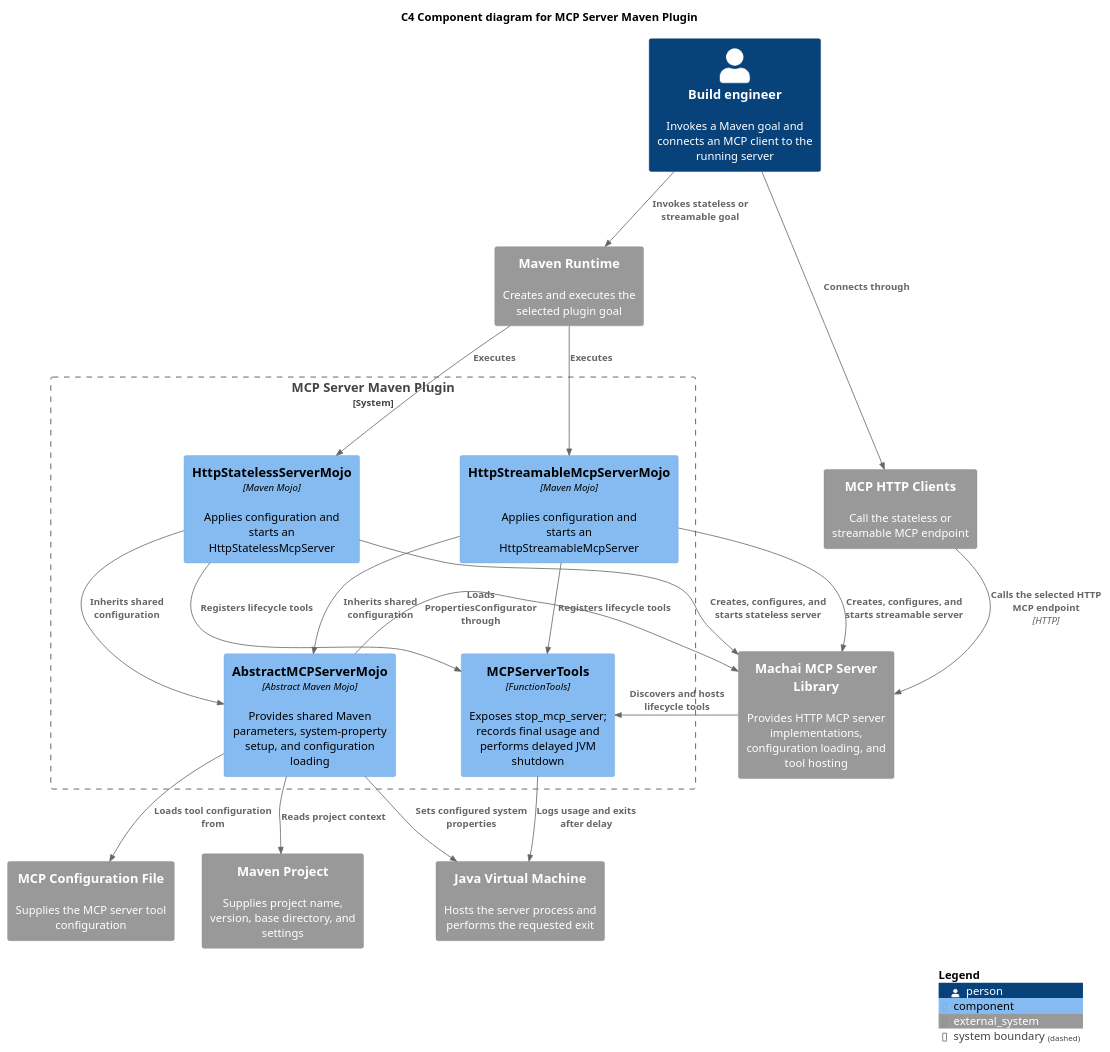
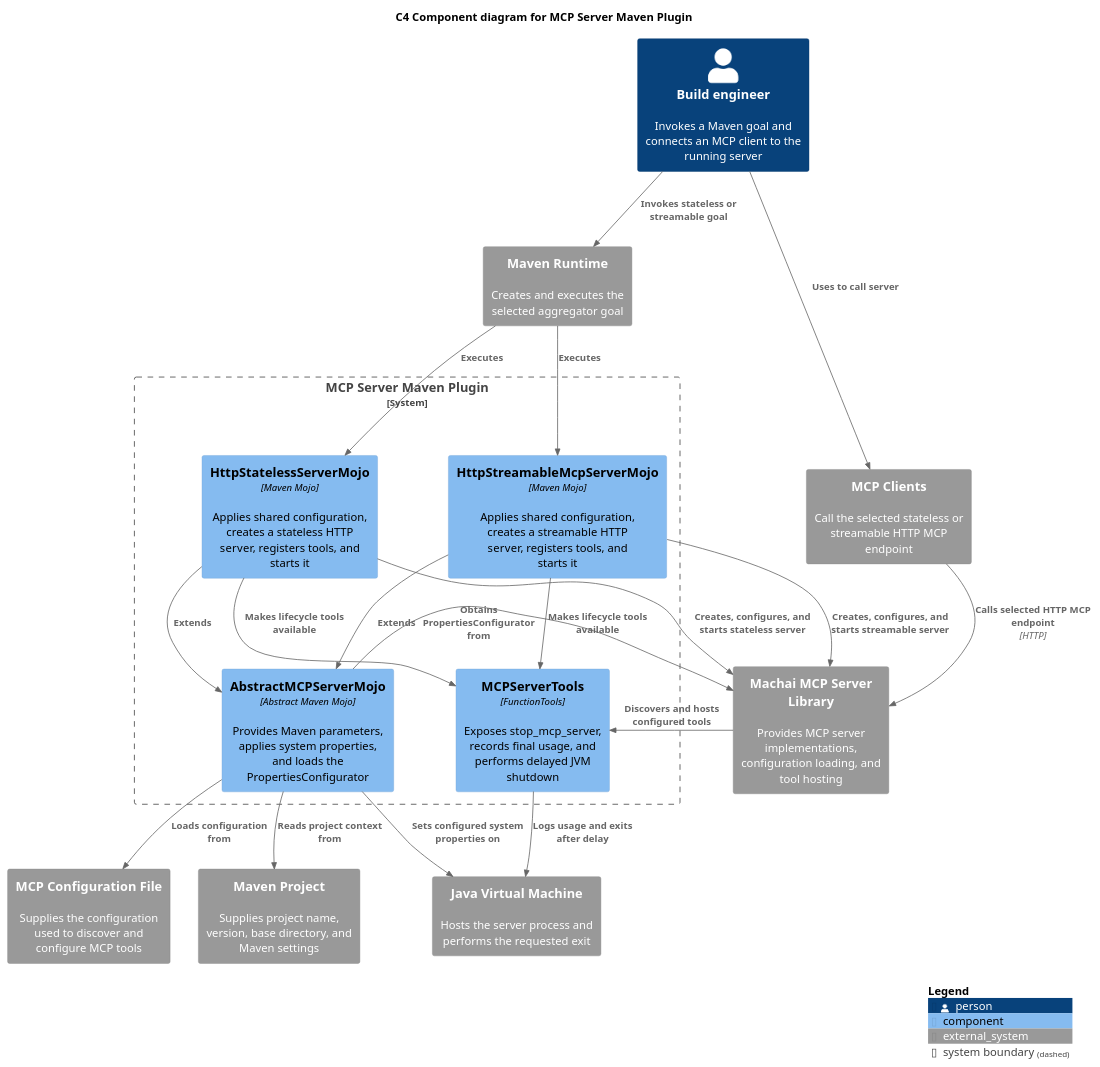
The diagram in src/site/puml/c4-diagram.puml (machanism-org/mcp-server-maven-plugin), drawn with PlantUML before and after one commit. The commit also changed 2 other files, not shown here.

Commit message:
docs: update project documentation

```diff
--- a/src/site/puml/c4-diagram.puml
+++ b/src/site/puml/c4-diagram.puml
@@ -10,40 +10,41 @@
 @startuml
 !includeurl https://raw.githubusercontent.com/plantuml-stdlib/C4-PlantUML/master/C4_Component.puml
 
+LAYOUT_WITH_LEGEND()
 title C4 Component diagram for MCP Server Maven Plugin
 
 Person(developer, "Build engineer", "Invokes a Maven goal and connects an MCP client to the running server")
-System_Ext(maven, "Maven Runtime", "Creates and executes the selected plugin goal")
-System_Ext(mavenProject, "Maven Project", "Supplies project name, version, base directory, and settings")
-System_Ext(mcpConfigFile, "MCP Configuration File", "Supplies the MCP server tool configuration")
-System_Ext(mcpClients, "MCP HTTP Clients", "Call the stateless or streamable MCP endpoint")
-System_Ext(mcpLibrary, "Machai MCP Server Library", "Provides HTTP MCP server implementations, configuration loading, and tool hosting")
+System_Ext(maven, "Maven Runtime", "Creates and executes the selected aggregator goal")
+System_Ext(mavenProject, "Maven Project", "Supplies project name, version, base directory, and Maven settings")
+System_Ext(mcpConfigFile, "MCP Configuration File", "Supplies the configuration used to discover and configure MCP tools")
+System_Ext(mcpClients, "MCP Clients", "Call the selected stateless or streamable HTTP MCP endpoint")
+System_Ext(mcpLibrary, "Machai MCP Server Library", "Provides MCP server implementations, configuration loading, and tool hosting")
 System_Ext(jvm, "Java Virtual Machine", "Hosts the server process and performs the requested exit")
 
 System_Boundary(plugin, "MCP Server Maven Plugin") {
-  Component(statelessMojo, "HttpStatelessServerMojo", "Maven Mojo", "Applies configuration and starts an HttpStatelessMcpServer")
-  Component(streamableMojo, "HttpStreamableMcpServerMojo", "Maven Mojo", "Applies configuration and starts an HttpStreamableMcpServer")
-  Component(abstractMojo, "AbstractMCPServerMojo", "Abstract Maven Mojo", "Provides shared Maven parameters, system-property setup, and configuration loading")
-  Component(serverTools, "MCPServerTools", "FunctionTools", "Exposes stop_mcp_server; records final usage and performs delayed JVM shutdown")
+  Component(statelessMojo, "HttpStatelessServerMojo", "Maven Mojo", "Applies shared configuration, creates a stateless HTTP server, registers tools, and starts it")
+  Component(streamableMojo, "HttpStreamableMcpServerMojo", "Maven Mojo", "Applies shared configuration, creates a streamable HTTP server, registers tools, and starts it")
+  Component(abstractMojo, "AbstractMCPServerMojo", "Abstract Maven Mojo", "Provides Maven parameters, applies system properties, and loads the PropertiesConfigurator")
+  Component(serverTools, "MCPServerTools", "FunctionTools", "Exposes stop_mcp_server, records final usage, and performs delayed JVM shutdown")
 }
 
 Rel(developer, maven, "Invokes stateless or streamable goal")
-Rel(developer, mcpClients, "Connects through")
+Rel(developer, mcpClients, "Uses to call server")
 Rel(maven, statelessMojo, "Executes")
 Rel(maven, streamableMojo, "Executes")
-Rel(statelessMojo, abstractMojo, "Inherits shared configuration")
-Rel(streamableMojo, abstractMojo, "Inherits shared configuration")
-Rel(abstractMojo, mavenProject, "Reads project context")
-Rel(abstractMojo, mcpConfigFile, "Loads tool configuration from")
-Rel(abstractMojo, mcpLibrary, "Loads PropertiesConfigurator through")
-Rel(abstractMojo, jvm, "Sets configured system properties")
+Rel(statelessMojo, abstractMojo, "Extends")
+Rel(streamableMojo, abstractMojo, "Extends")
+Rel(abstractMojo, mavenProject, "Reads project context from")
+Rel(abstractMojo, mcpConfigFile, "Loads configuration from")
+Rel(abstractMojo, mcpLibrary, "Obtains PropertiesConfigurator from")
+Rel(abstractMojo, jvm, "Sets configured system properties on")
 Rel(statelessMojo, mcpLibrary, "Creates, configures, and starts stateless server")
 Rel(streamableMojo, mcpLibrary, "Creates, configures, and starts streamable server")
-Rel(statelessMojo, serverTools, "Registers lifecycle tools")
-Rel(streamableMojo, serverTools, "Registers lifecycle tools")
-Rel(mcpLibrary, serverTools, "Discovers and hosts lifecycle tools")
-Rel(mcpClients, mcpLibrary, "Calls the selected HTTP MCP endpoint", "HTTP")
+Rel(statelessMojo, serverTools, "Makes lifecycle tools available")
+Rel(streamableMojo, serverTools, "Makes lifecycle tools available")
+Rel(mcpLibrary, serverTools, "Discovers and hosts configured tools")
+Rel(mcpClients, mcpLibrary, "Calls selected HTTP MCP endpoint", "HTTP")
 Rel(serverTools, jvm, "Logs usage and exits after delay")
 
 SHOW_LEGEND()
 @enduml
```
